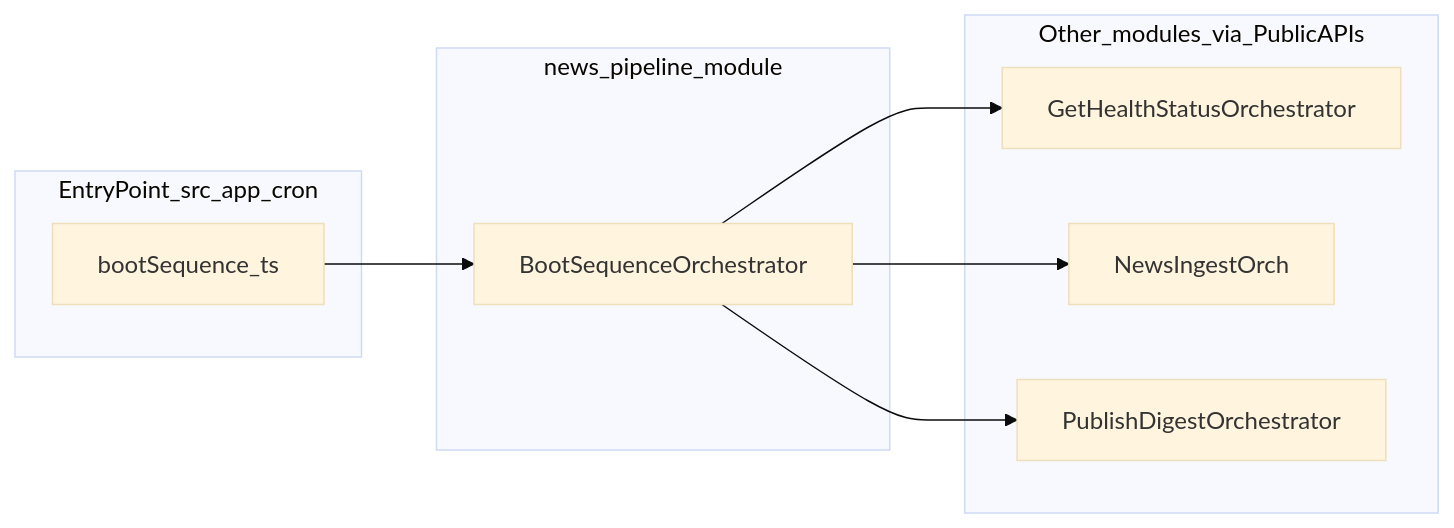
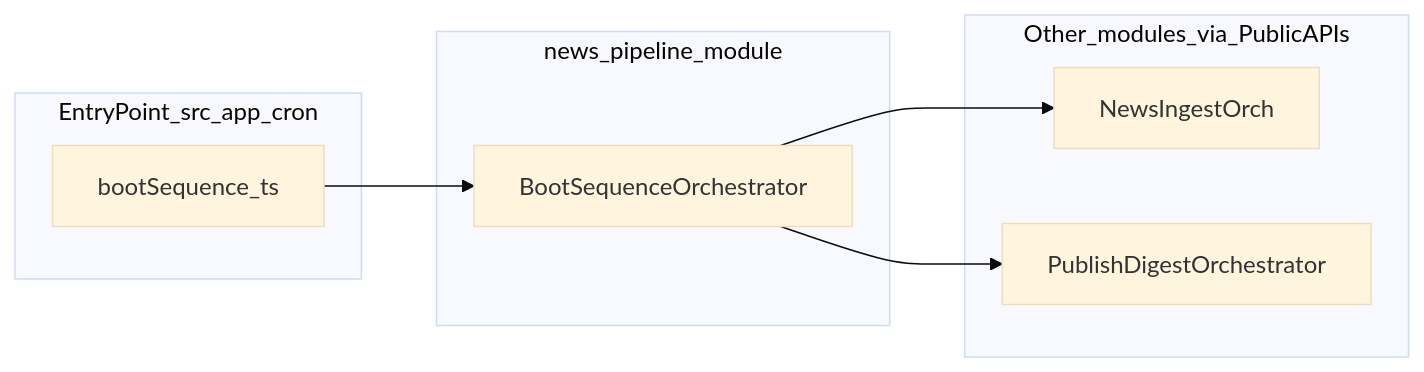
The diagram in docs/modules/news-pipeline.md (Romkoos/new-bot-be), drawn with Mermaid (base theme) before and after one commit. The commit also changed other lines of this file and 35 other files, not shown here.

````diff
--- a/docs/modules/news-pipeline.md
+++ b/docs/modules/news-pipeline.md
@@ -18,21 +18,19 @@
 ```mermaid
 flowchart LR
   subgraph Entry[EntryPoint_src_app_cron]
     BootEntry[bootSequence_ts]
   end
 
   subgraph Pipeline[news_pipeline_module]
     BootOrch[BootSequenceOrchestrator]
   end
 
   subgraph Modules[Other_modules_via_PublicAPIs]
-    Health[GetHealthStatusOrchestrator]
     Ingest[NewsIngestOrch]
     Publish[PublishDigestOrchestrator]
   end
 
   BootEntry --> BootOrch
-  BootOrch --> Health
   BootOrch --> Ingest
   BootOrch --> Publish
 ```
````
